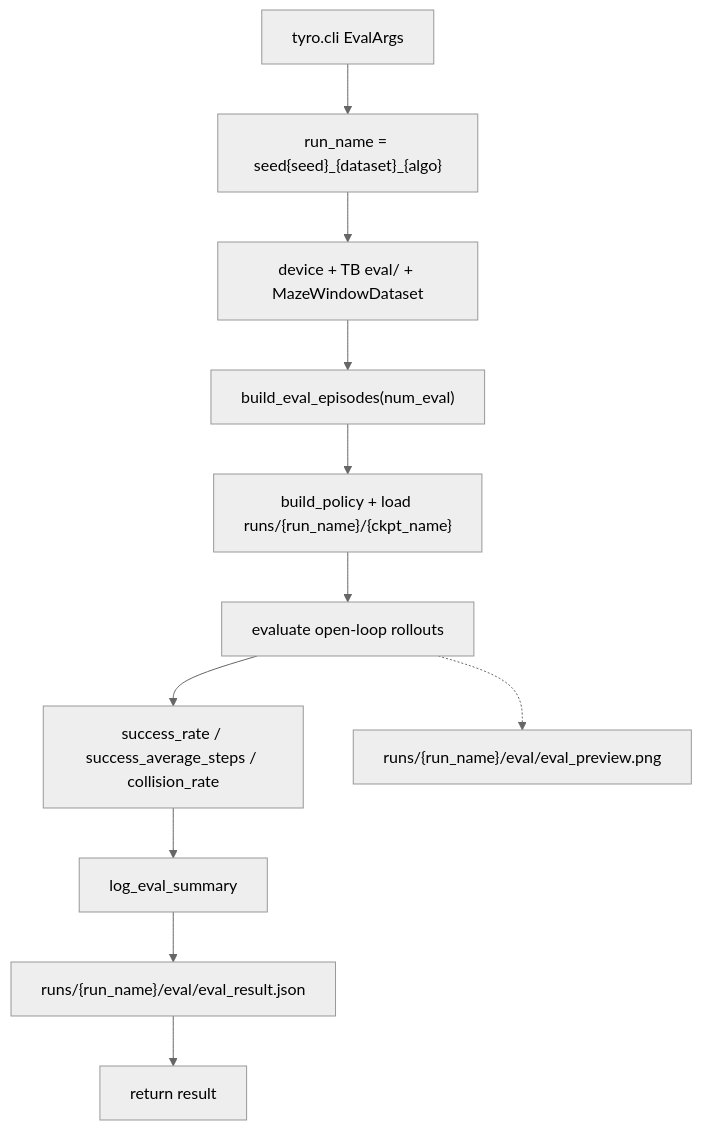
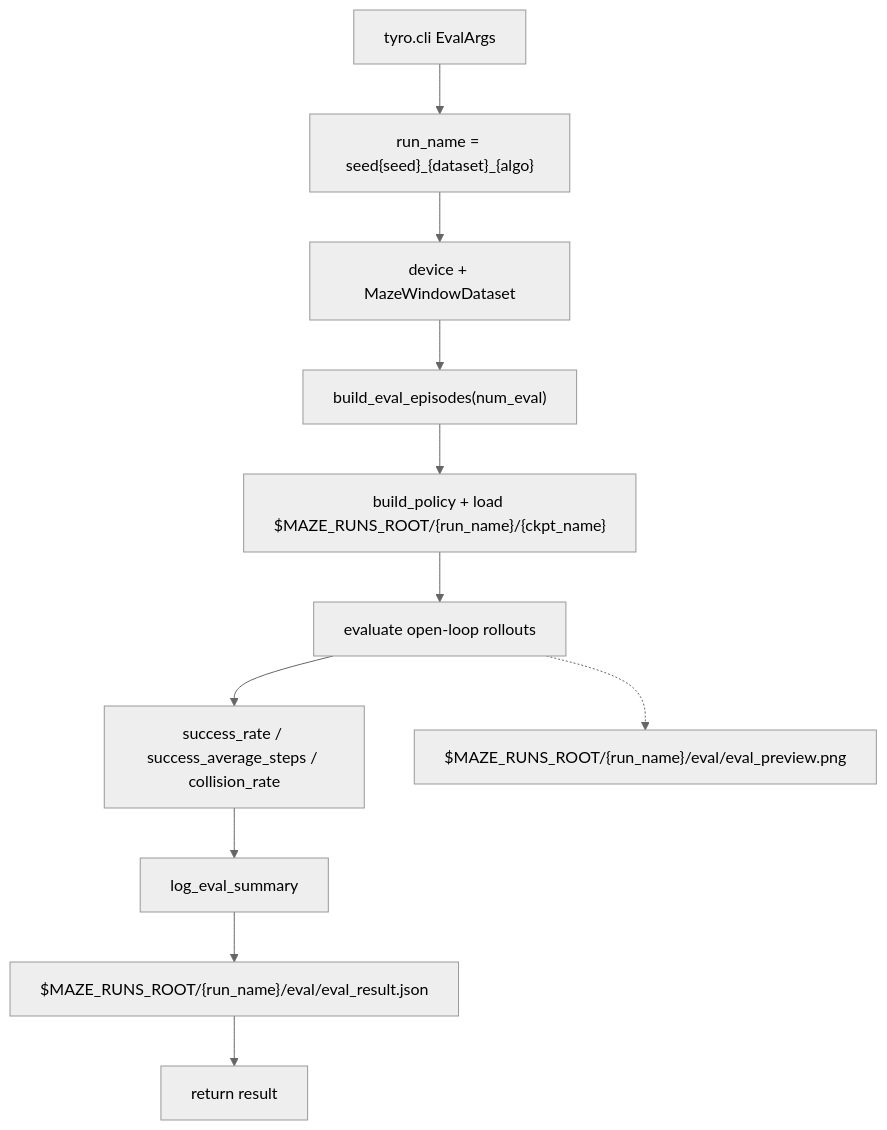
The fourth of 4 diagrams in README.md (IBNBlank/maze_playground), drawn with Mermaid (neutral theme) before and after one commit. The commit also changed other lines of this file and 12 other files, not shown here.

````diff
--- a/README.md
+++ b/README.md
@@ -185,13 +182,13 @@
 ```mermaid
 flowchart TB
     start["tyro.cli EvalArgs"] --> run_name["run_name = seed{seed}_{dataset}_{algo}"]
-    run_name --> init["device + TB eval/ + MazeWindowDataset"]
+    run_name --> init["device + MazeWindowDataset"]
     init --> episodes["build_eval_episodes(num_eval)"]
-    episodes --> policy["build_policy + load runs/{run_name}/{ckpt_name}"]
+    episodes --> policy["build_policy + load $MAZE_RUNS_ROOT/{run_name}/{ckpt_name}"]
     policy --> roll["evaluate open-loop rollouts"]
     roll --> metrics["success_rate / success_average_steps / collision_rate"]
     metrics --> log["log_eval_summary"]
-    log --> json["runs/{run_name}/eval/eval_result.json"]
-    roll -.-> preview["runs/{run_name}/eval/eval_preview.png"]
+    log --> json["$MAZE_RUNS_ROOT/{run_name}/eval/eval_result.json"]
+    roll -.-> preview["$MAZE_RUNS_ROOT/{run_name}/eval/eval_preview.png"]
     json --> done["return result"]
 ```
````
